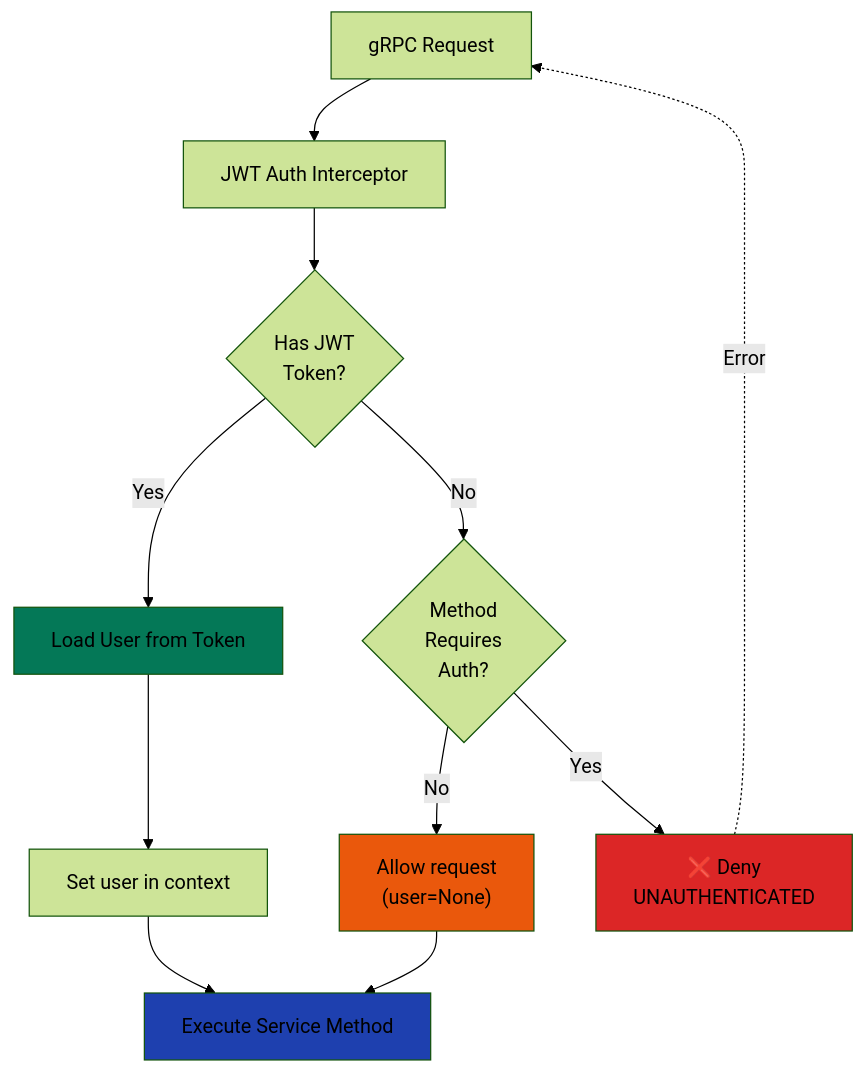
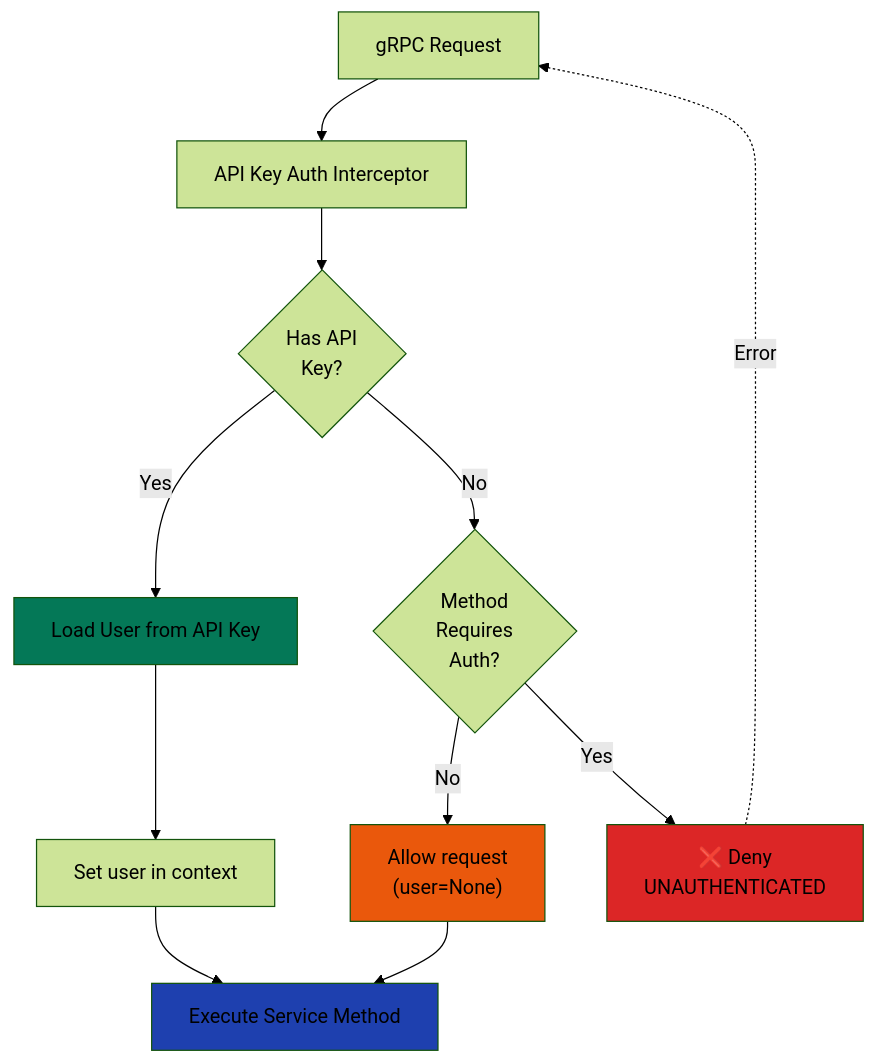
Before and after one commit to markolofsen/django-cfg: the eighth of 12 diagrams in docs/features/integrations/grpc/architecture.md, drawn with Mermaid (forest theme). The commit also changed other lines of this file and 41 other files, not shown here.

````diff
--- a/docs/features/integrations/grpc/architecture.md
+++ b/docs/features/integrations/grpc/architecture.md
@@ -403,36 +399,36 @@
 ```mermaid
 graph TB
     Request["gRPC Request"]
-    AuthInterceptor["JWT Auth Interceptor"]
+    AuthInterceptor["API Key Auth Interceptor"]
 
-    Decision{Has JWT<br/>Token?}
+    Decision{Has API<br/>Key?}
 
     Public{Method<br/>Requires<br/>Auth?}
 
-    LoadUser["Load User from Token"]
+    LoadUser["Load User from API Key"]
     SetContext["Set user in context"]
     AllowPublic["Allow request<br/>(user=None)"]
     Deny["❌ Deny<br/>UNAUTHENTICATED"]
 
     Service["Execute Service Method"]
 
     Request --> AuthInterceptor
     AuthInterceptor --> Decision
 
     Decision -->|Yes| LoadUser
     Decision -->|No| Public
 
     Public -->|No| AllowPublic
     Public -->|Yes| Deny
 
     LoadUser --> SetContext
     SetContext --> Service
     AllowPublic --> Service
 
     Deny -.->|Error| Request
 
     style LoadUser fill:#047857
     style AllowPublic fill:#ea580c
     style Deny fill:#dc2626
     style Service fill:#1e40af
 ```
````
